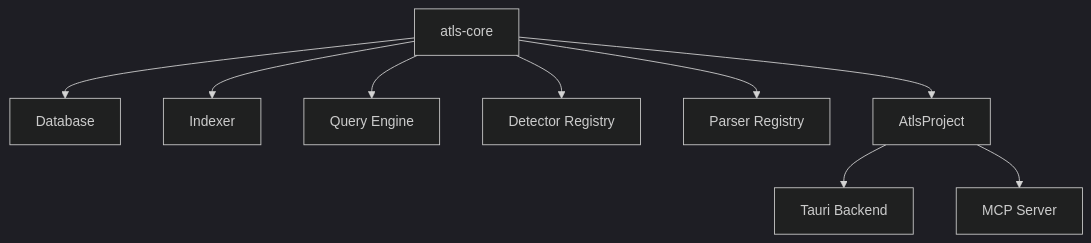
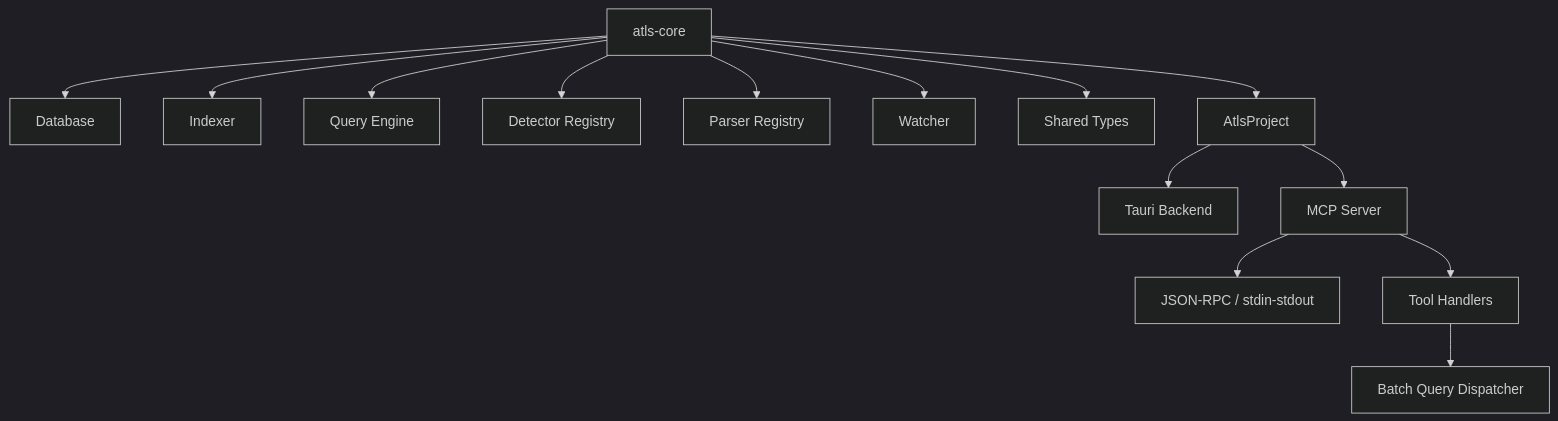
One commit to madhavok/atls-studio changed the diagram in docs/atls-engine.md. Above: the diagram before and after it, drawn with Mermaid (dark theme). The commit also changed other lines of this file, not shown here.

````diff
--- a/docs/atls-engine.md
+++ b/docs/atls-engine.md
@@ -62,11 +362,16 @@
 ```mermaid
 flowchart TD
   AtlsCore[atls-core] --> Db[Database]
   AtlsCore --> Indexer[Indexer]
   AtlsCore --> Query[Query Engine]
   AtlsCore --> Detector[Detector Registry]
   AtlsCore --> Parser[Parser Registry]
+  AtlsCore --> Watcher[Watcher]
+  AtlsCore --> Types[Shared Types]
   AtlsCore --> Project[AtlsProject]
   Project --> Tauri[Tauri Backend]
   Project --> McpHost[MCP Server]
+  McpHost --> Transport[JSON-RPC / stdin-stdout]
+  McpHost --> McpHandlers[Tool Handlers]
+  McpHandlers --> BatchHandler[Batch Query Dispatcher]
 ```
````
